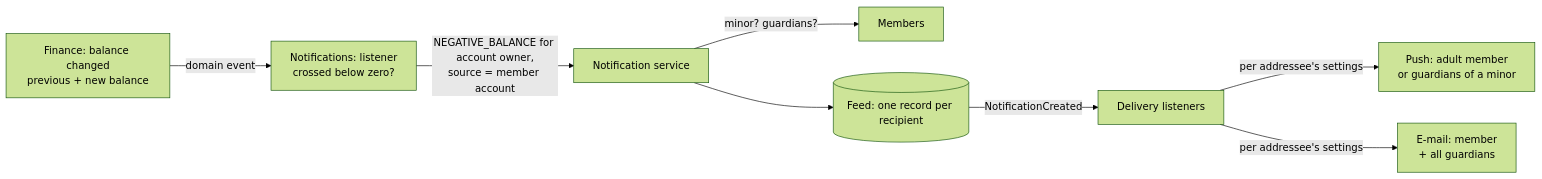
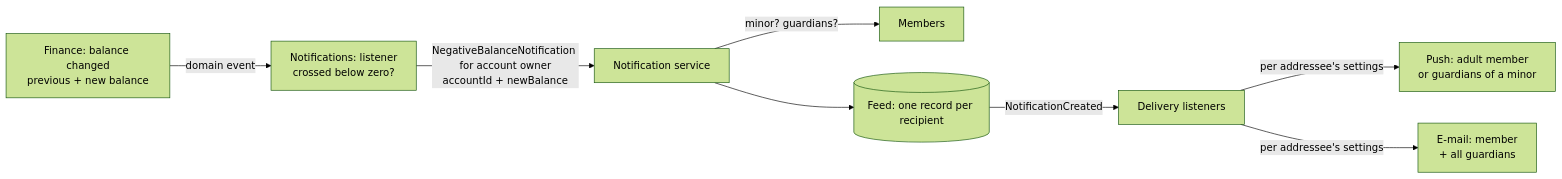
One commit to zabiny/klabis changed the diagram in openspec/changes/introduce-notification-feed/proposal.md. Above: the diagram before and after it, drawn with Mermaid (forest theme). The commit also changed other lines of this file and 2 other files, not shown here.

Commit message:
docs(openspec): notification subtypes and template-rendered texts
Notification becomes an abstract aggregate with a subtype per type
(NegativeBalanceNotification with accountId and newBalance), stored
in one table with type-specific attributes as JSON. Title, text and
link are no longer stored: the subtype renders its link and the texts
come from per-channel Thymeleaf templates in
templates/notifications/{type}/ when sent or shown.

Claude-Session: https://claude.ai/code/session_011jzFKZNxK2E88KDd7UR1Qn

````diff
--- a/openspec/changes/introduce-notification-feed/proposal.md
+++ b/openspec/changes/introduce-notification-feed/proposal.md
@@ -17,10 +17,10 @@
 ```mermaid
 flowchart LR
     F[Finance: balance changed<br/>previous + new balance] -->|domain event| L[Notifications: listener<br/>crossed below zero?]
-    L -->|NEGATIVE_BALANCE for account owner,<br/>source = member account| S[Notification service]
+    L -->|NegativeBalanceNotification for account owner<br/>accountId + newBalance| S[Notification service]
     S -->|minor? guardians?| M[Members]
     S --> FEED[(Feed: one record per recipient)]
     FEED -->|NotificationCreated| D[Delivery listeners]
     D -->|per addressee's settings| PUSH[Push: adult member<br/>or guardians of a minor]
     D -->|per addressee's settings| MAIL[E-mail: member<br/>+ all guardians]
 ```
````
